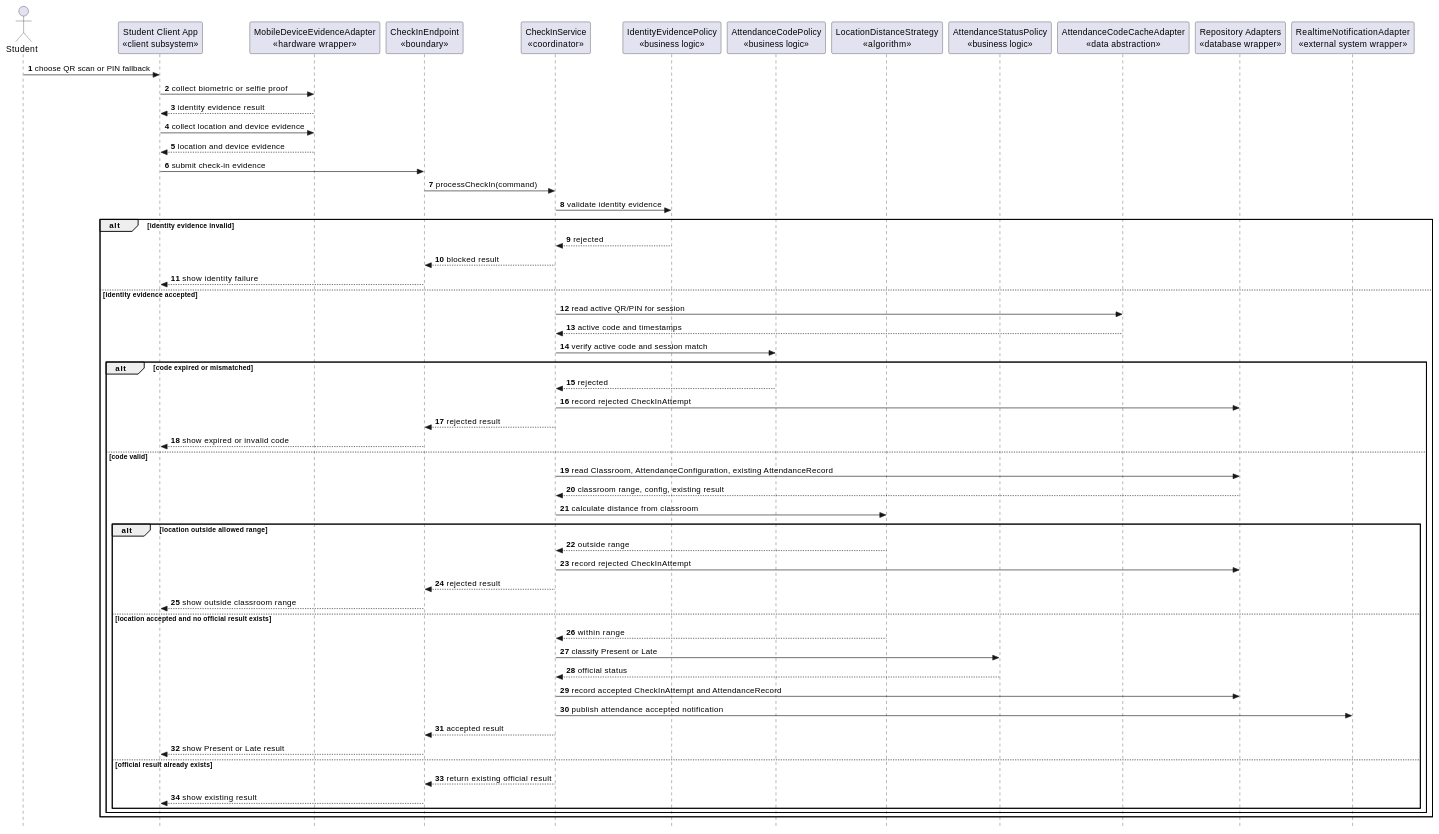
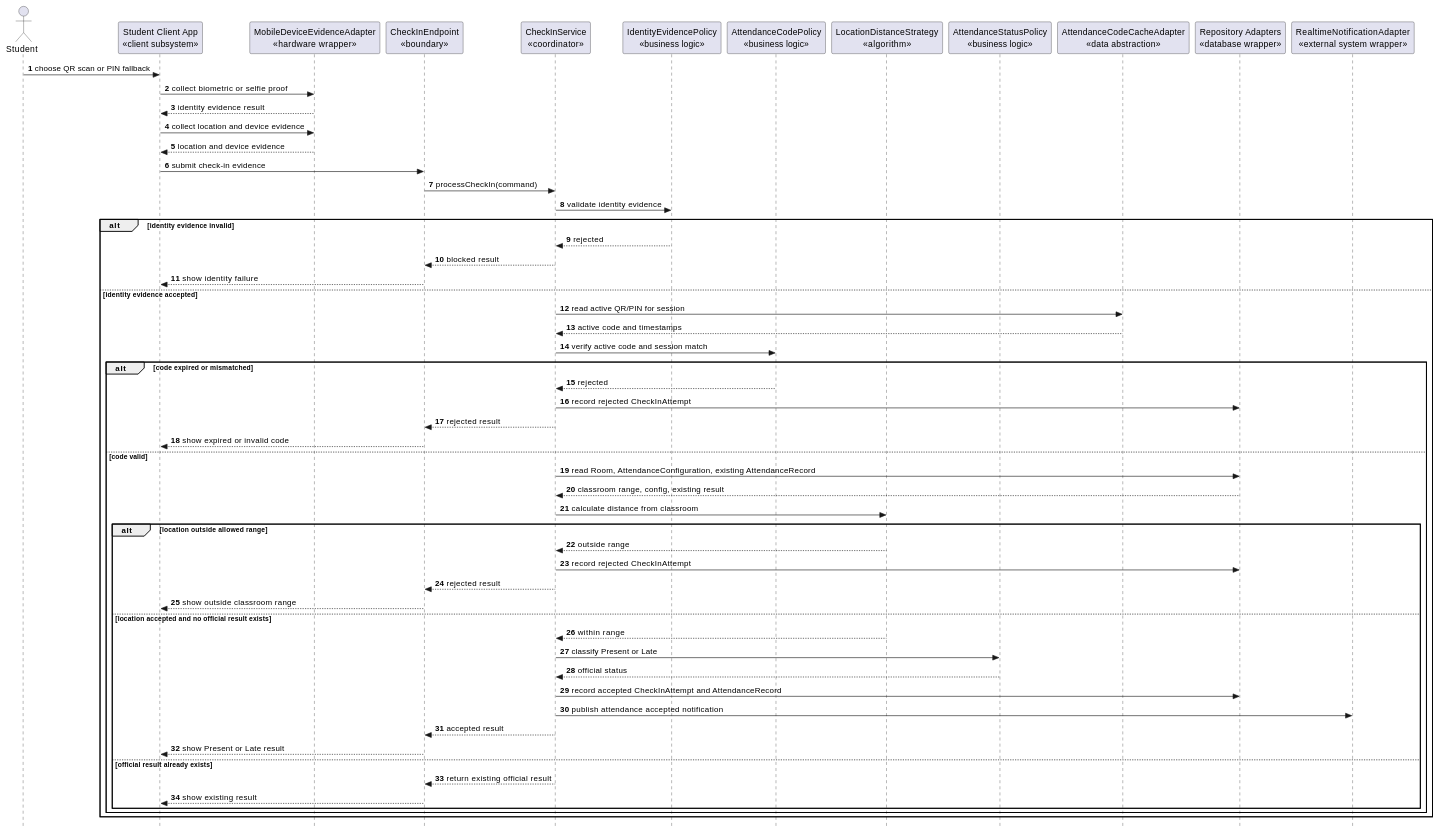
Before and after one commit to nttung42/SWD392: the fourth of 7 diagrams in docs/sds/3_Design.md, drawn with PlantUML. The commit also changed other lines of this file and 2 other files, not shown here.

````diff
--- a/docs/sds/3_Design.md
+++ b/docs/sds/3_Design.md
@@ -365,67 +365,67 @@
 ```plantuml
 @startuml
 skinparam style strictuml
 autonumber
 
 actor "Student" as Student
 participant "Student Client App\n«client subsystem»" as StudentApp
 participant "MobileDeviceEvidenceAdapter\n«hardware wrapper»" as DeviceAdapter
 participant "CheckInEndpoint\n«boundary»" as CheckInEndpoint
 participant "CheckInService\n«coordinator»" as CheckInService
 participant "IdentityEvidencePolicy\n«business logic»" as IdentityPolicy
 participant "AttendanceCodePolicy\n«business logic»" as CodePolicy
 participant "LocationDistanceStrategy\n«algorithm»" as DistanceStrategy
 participant "AttendanceStatusPolicy\n«business logic»" as StatusPolicy
 participant "AttendanceCodeCacheAdapter\n«data abstraction»" as CodeCache
 participant "Repository Adapters\n«database wrapper»" as Repository
 participant "RealtimeNotificationAdapter\n«external system wrapper»" as Realtime
 
 Student -> StudentApp : choose QR scan or PIN fallback
 StudentApp -> DeviceAdapter : collect biometric or selfie proof
 DeviceAdapter --> StudentApp : identity evidence result
 StudentApp -> DeviceAdapter : collect location and device evidence
 DeviceAdapter --> StudentApp : location and device evidence
 StudentApp -> CheckInEndpoint : submit check-in evidence
 CheckInEndpoint -> CheckInService : processCheckIn(command)
 CheckInService -> IdentityPolicy : validate identity evidence
 
 alt identity evidence invalid
   IdentityPolicy --> CheckInService : rejected
   CheckInService --> CheckInEndpoint : blocked result
   CheckInEndpoint --> StudentApp : show identity failure
 else identity evidence accepted
   CheckInService -> CodeCache : read active QR/PIN for session
   CodeCache --> CheckInService : active code and timestamps
   CheckInService -> CodePolicy : verify active code and session match
 
   alt code expired or mismatched
     CodePolicy --> CheckInService : rejected
     CheckInService -> Repository : record rejected CheckInAttempt
     CheckInService --> CheckInEndpoint : rejected result
     CheckInEndpoint --> StudentApp : show expired or invalid code
   else code valid
-    CheckInService -> Repository : read Classroom, AttendanceConfiguration, existing AttendanceRecord
+    CheckInService -> Repository : read Room, AttendanceConfiguration, existing AttendanceRecord
     Repository --> CheckInService : classroom range, config, existing result
     CheckInService -> DistanceStrategy : calculate distance from classroom
 
     alt location outside allowed range
       DistanceStrategy --> CheckInService : outside range
       CheckInService -> Repository : record rejected CheckInAttempt
       CheckInService --> CheckInEndpoint : rejected result
       CheckInEndpoint --> StudentApp : show outside classroom range
     else location accepted and no official result exists
       DistanceStrategy --> CheckInService : within range
       CheckInService -> StatusPolicy : classify Present or Late
       StatusPolicy --> CheckInService : official status
       CheckInService -> Repository : record accepted CheckInAttempt and AttendanceRecord
       CheckInService -> Realtime : publish attendance accepted notification
       CheckInService --> CheckInEndpoint : accepted result
       CheckInEndpoint --> StudentApp : show Present or Late result
     else official result already exists
       CheckInService --> CheckInEndpoint : return existing official result
       CheckInEndpoint --> StudentApp : show existing result
     end
   end
 end
 @enduml
 ```
````
